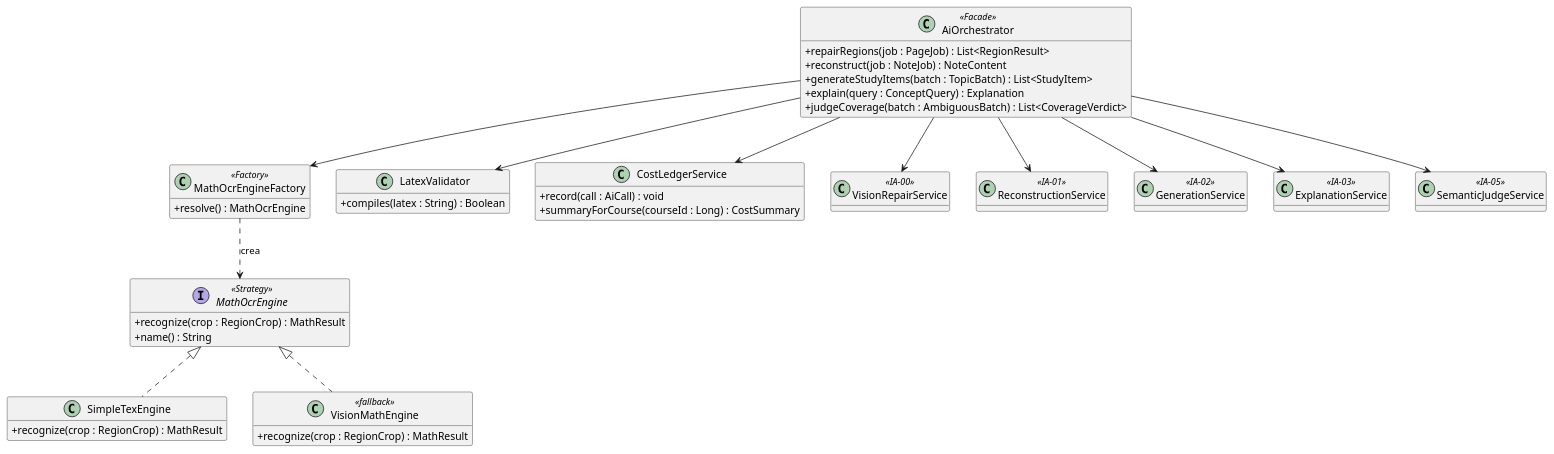
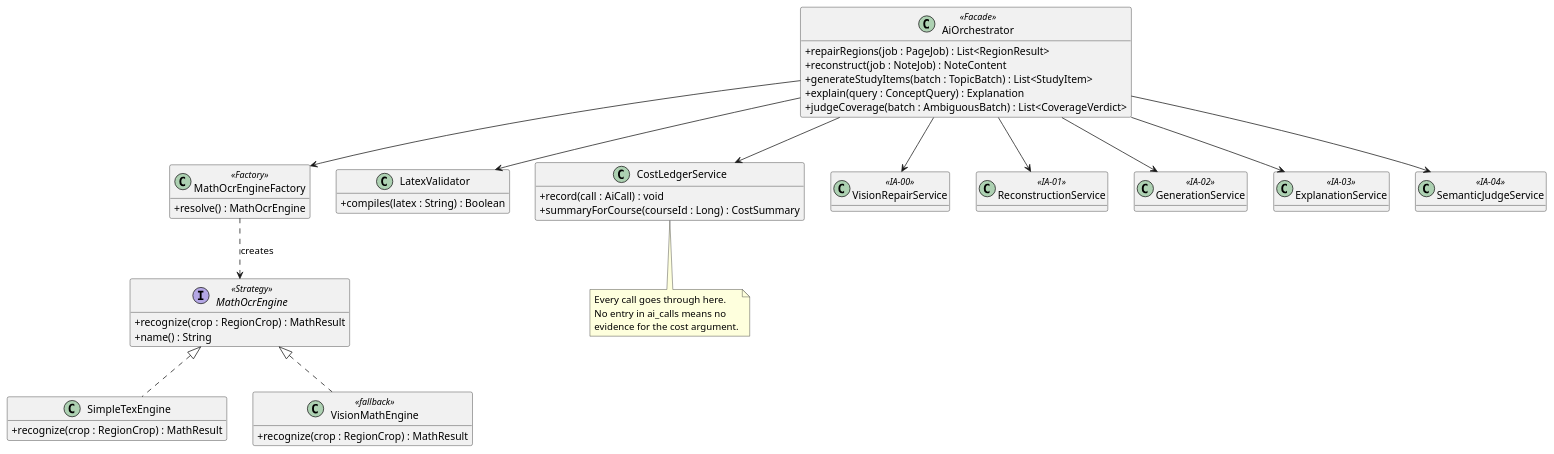
The third of 5 diagrams in docs/Glifo_Arquitectura_Estandares.md (Bloodiewormer/Proyecto-Plataformas-Moviles), drawn with PlantUML before and after one commit. The commit also changed other lines of this file and 75 other files, not shown here.

First line of the commit message:
feat: implement note persistence, offline sync, and architectural documentation updates

````diff
--- a/docs/Glifo_Arquitectura_Estandares.md
+++ b/docs/Glifo_Arquitectura_Estandares.md
@@ -425,59 +357,65 @@
 ```plantuml
 @startuml Glifo_Orquestacion_IA
 skinparam classAttributeIconSize 0
 hide empty fields
 
 class AiOrchestrator <<Facade>> {
   + repairRegions(job : PageJob) : List<RegionResult>
   + reconstruct(job : NoteJob) : NoteContent
   + generateStudyItems(batch : TopicBatch) : List<StudyItem>
   + explain(query : ConceptQuery) : Explanation
   + judgeCoverage(batch : AmbiguousBatch) : List<CoverageVerdict>
 }
 
 interface MathOcrEngine <<Strategy>> {
   + recognize(crop : RegionCrop) : MathResult
   + name() : String
 }
 
 class SimpleTexEngine {
   + recognize(crop : RegionCrop) : MathResult
 }
 
 class VisionMathEngine <<fallback>> {
   + recognize(crop : RegionCrop) : MathResult
 }
 
 class MathOcrEngineFactory <<Factory>> {
   + resolve() : MathOcrEngine
 }
 
 class LatexValidator {
   + compiles(latex : String) : Boolean
 }
 
 class CostLedgerService {
   + record(call : AiCall) : void
   + summaryForCourse(courseId : Long) : CostSummary
 }
 
 class VisionRepairService <<IA-00>>
 class ReconstructionService <<IA-01>>
 class GenerationService <<IA-02>>
 class ExplanationService <<IA-03>>
-class SemanticJudgeService <<IA-05>>
+class SemanticJudgeService <<IA-04>>
 
 AiOrchestrator --> MathOcrEngineFactory
 AiOrchestrator --> LatexValidator
 AiOrchestrator --> CostLedgerService
 AiOrchestrator --> VisionRepairService
 AiOrchestrator --> ReconstructionService
 AiOrchestrator --> GenerationService
 AiOrchestrator --> ExplanationService
 AiOrchestrator --> SemanticJudgeService
 
-MathOcrEngineFactory ..> MathOcrEngine : crea
+MathOcrEngineFactory ..> MathOcrEngine : creates
 MathOcrEngine <|.. SimpleTexEngine
 MathOcrEngine <|.. VisionMathEngine
+
+note bottom of CostLedgerService
+  Every call goes through here.
+  No entry in ai_calls means no
+  evidence for the cost argument.
+end note
 @enduml
 ```
````
